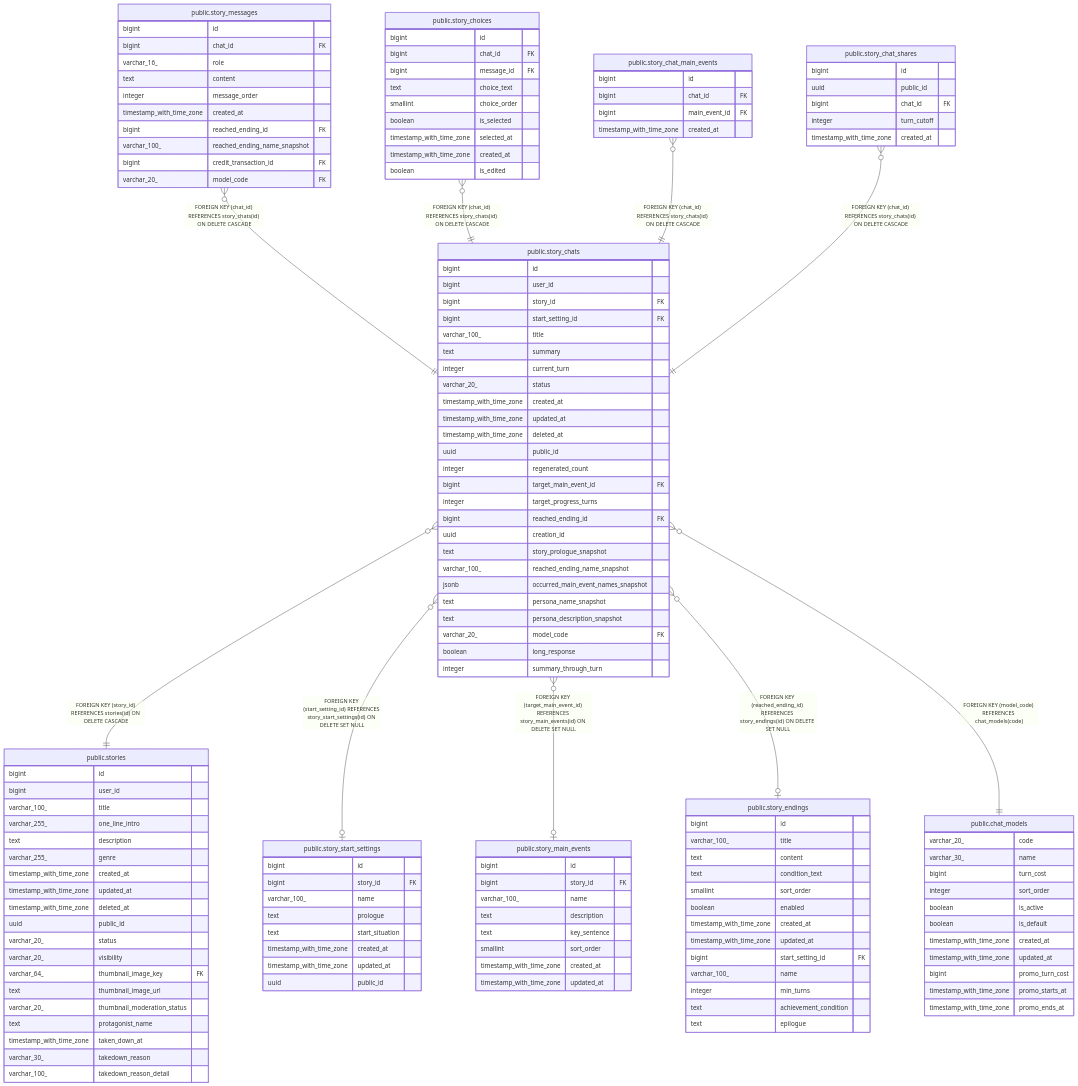
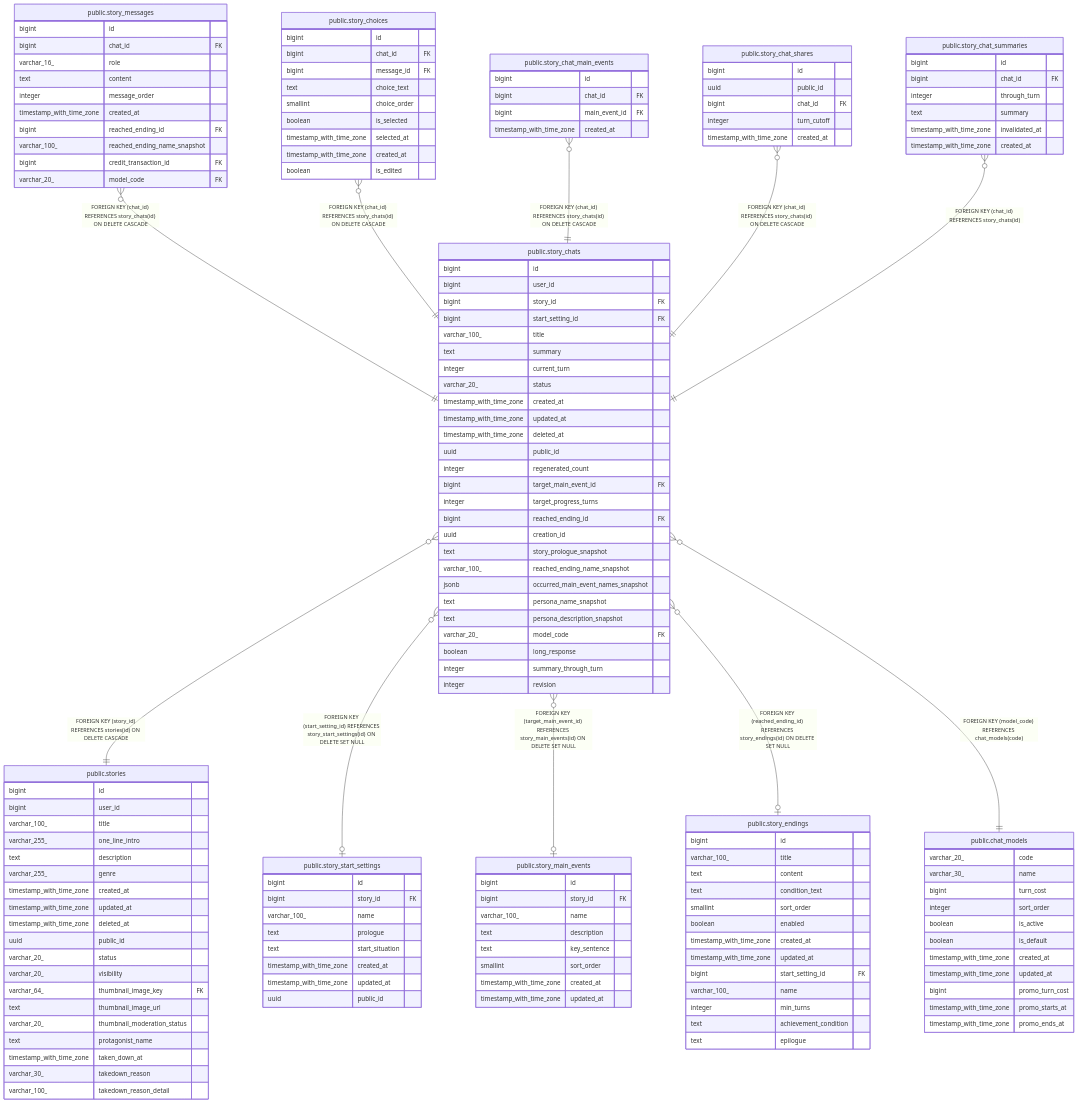
One commit to KIM-N-KANG/manyak-server changed the diagram in dbdoc/public.story_chats.md. Above: the diagram before and after it, drawn with Mermaid. The commit also changed other lines of this file and 29 other files, not shown here.

```diff
--- a/dbdoc/public.story_chats.md
+++ b/dbdoc/public.story_chats.md
@@ -70,6 +72,7 @@
 "public.story_choices" }o--|| "public.story_chats" : "FOREIGN KEY (chat_id) REFERENCES story_chats(id) ON DELETE CASCADE"
 "public.story_chat_main_events" }o--|| "public.story_chats" : "FOREIGN KEY (chat_id) REFERENCES story_chats(id) ON DELETE CASCADE"
 "public.story_chat_shares" }o--|| "public.story_chats" : "FOREIGN KEY (chat_id) REFERENCES story_chats(id) ON DELETE CASCADE"
+"public.story_chat_summaries" }o--|| "public.story_chats" : "FOREIGN KEY (chat_id) REFERENCES story_chats(id)"
 "public.story_chats" }o--|| "public.stories" : "FOREIGN KEY (story_id) REFERENCES stories(id) ON DELETE CASCADE"
 "public.story_chats" }o--o| "public.story_start_settings" : "FOREIGN KEY (start_setting_id) REFERENCES story_start_settings(id) ON DELETE SET NULL"
 "public.story_chats" }o--o| "public.story_main_events" : "FOREIGN KEY (target_main_event_id) REFERENCES story_main_events(id) ON DELETE SET NULL"
@@ -102,6 +105,7 @@
   varchar_20_ model_code FK
   boolean long_response
   integer summary_through_turn
+  integer revision
 }
 "public.story_messages" {
   bigint id
@@ -137,6 +141,14 @@
   uuid public_id
   bigint chat_id FK
   integer turn_cutoff
+  timestamp_with_time_zone created_at
+}
+"public.story_chat_summaries" {
+  bigint id
+  bigint chat_id FK
+  integer through_turn
+  text summary
+  timestamp_with_time_zone invalidated_at
   timestamp_with_time_zone created_at
 }
 "public.stories" {
```
